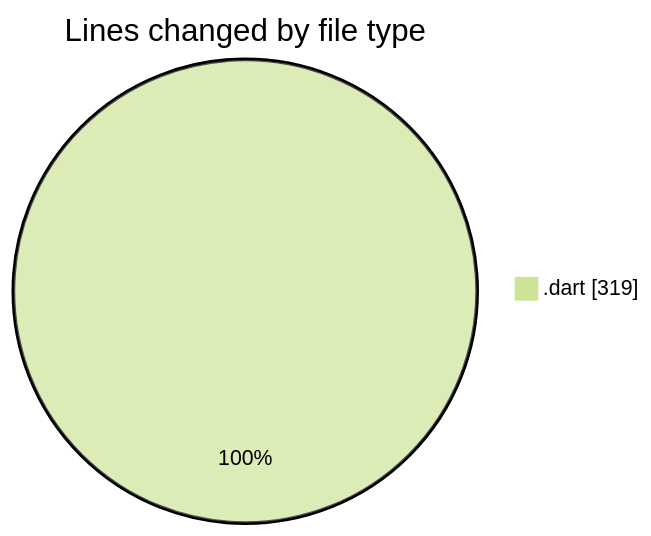
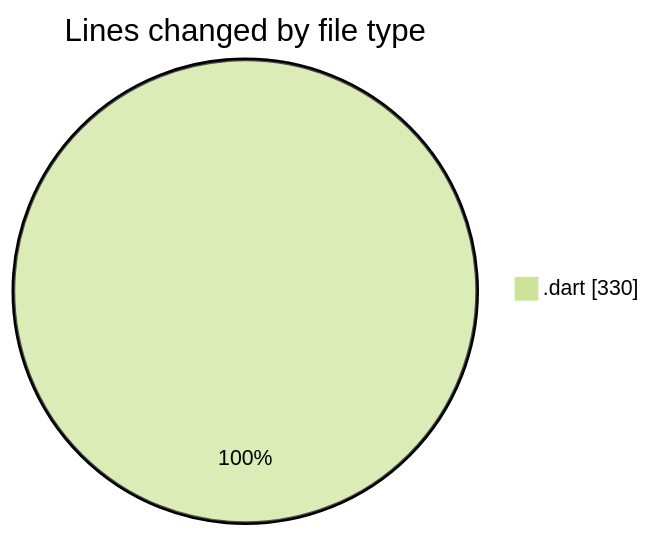
Before and after one commit to donsfak/code-tracking: the first of 2 diagrams in 2025-01-24/trackers_app/README.md, drawn with Mermaid (forest theme). The commit also changed other lines of this file and 1 other file, not shown here.

````diff
--- a/2025-01-24/trackers_app/README.md
+++ b/2025-01-24/trackers_app/README.md
@@ -23,5 +24,5 @@
 ```mermaid
 pie showData
 title Lines changed by file type
-".dart" : 319
+".dart" : 330
 ```
````
